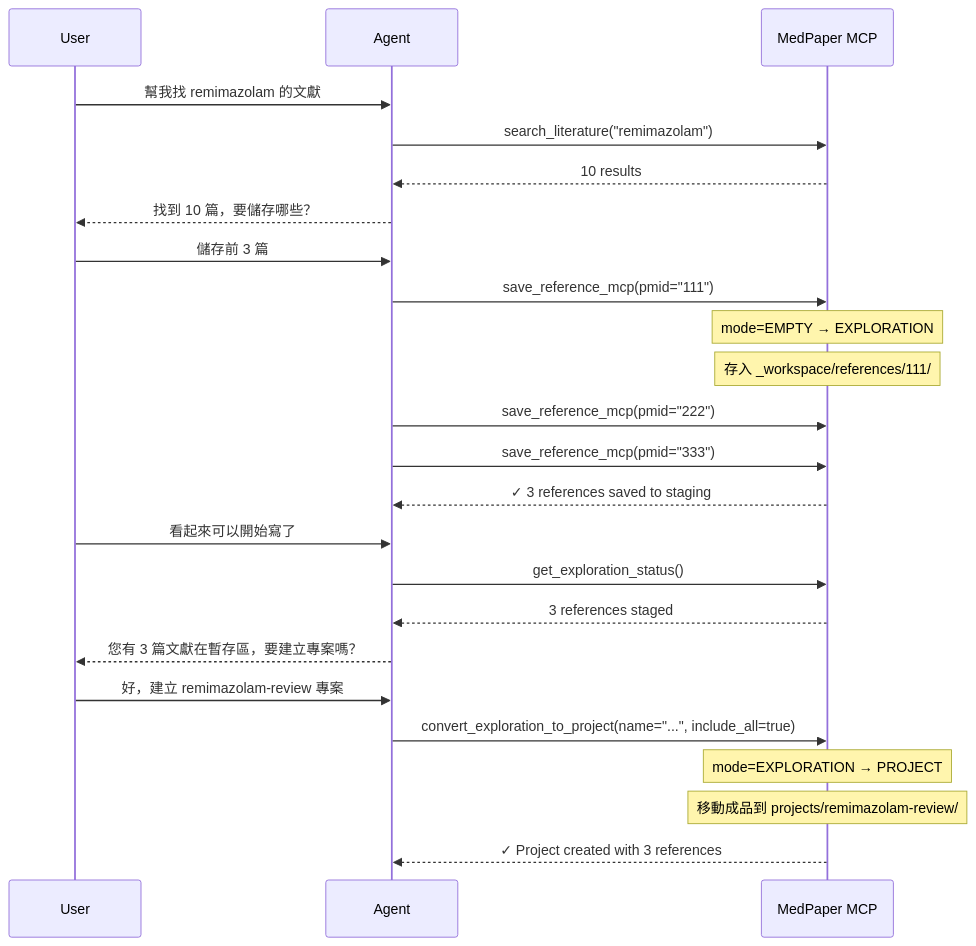
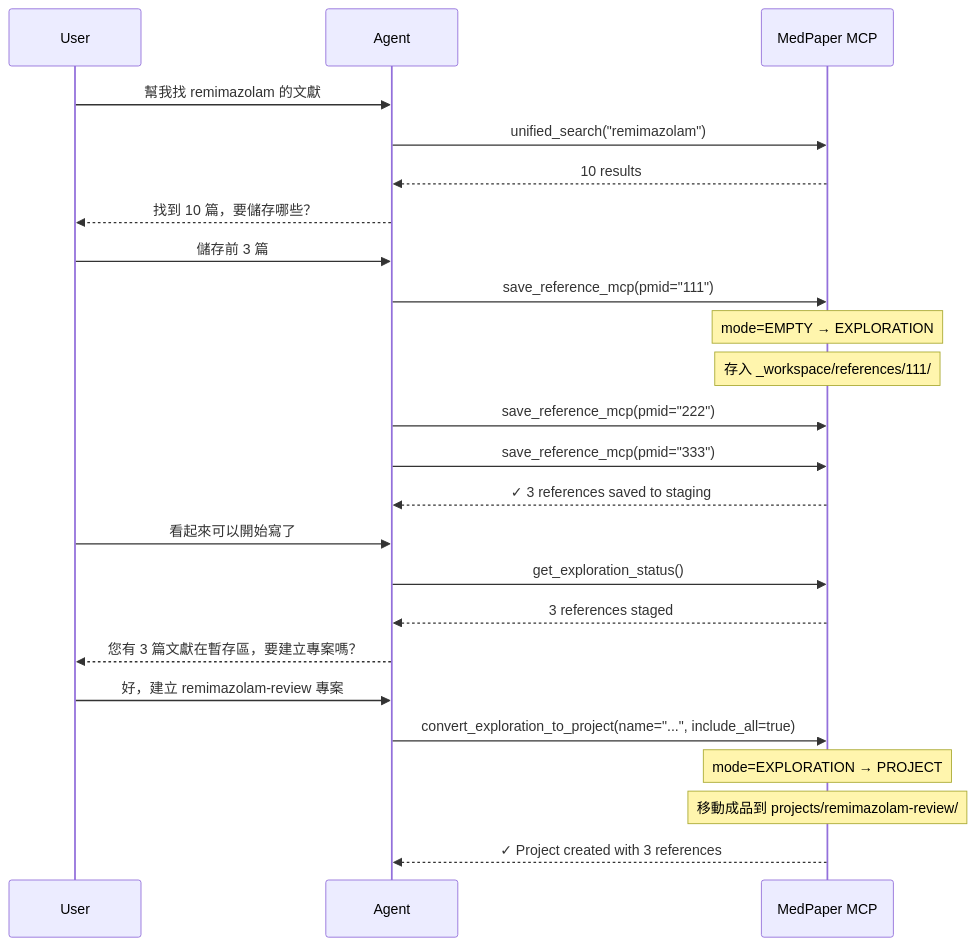
Before and after one commit to u9401066/med-paper-assistant: the first of 2 diagrams in docs/design/artifact-centric-architecture.md, drawn with Mermaid. The commit also changed other lines of this file and 41 other files, not shown here.

````diff
--- a/docs/design/artifact-centric-architecture.md
+++ b/docs/design/artifact-centric-architecture.md
@@ -232,30 +232,30 @@
 ```mermaid
 sequenceDiagram
     participant U as User
     participant A as Agent
     participant M as MedPaper MCP
 
     U->>A: 幫我找 remimazolam 的文獻
-    A->>M: search_literature("remimazolam")
+    A->>M: unified_search("remimazolam")
     M-->>A: 10 results
     A-->>U: 找到 10 篇，要儲存哪些？
 
     U->>A: 儲存前 3 篇
     A->>M: save_reference_mcp(pmid="111")
     Note over M: mode=EMPTY → EXPLORATION
     Note over M: 存入 _workspace/references/111/
     A->>M: save_reference_mcp(pmid="222")
     A->>M: save_reference_mcp(pmid="333")
     M-->>A: ✓ 3 references saved to staging
 
     U->>A: 看起來可以開始寫了
     A->>M: get_exploration_status()
     M-->>A: 3 references staged
     A-->>U: 您有 3 篇文獻在暫存區，要建立專案嗎？
 
     U->>A: 好，建立 remimazolam-review 專案
     A->>M: convert_exploration_to_project(name="...", include_all=true)
     Note over M: mode=EXPLORATION → PROJECT
     Note over M: 移動成品到 projects/remimazolam-review/
     M-->>A: ✓ Project created with 3 references
 ```
````
